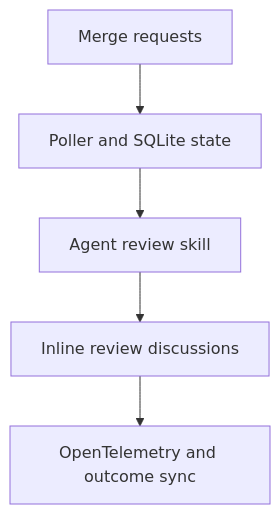
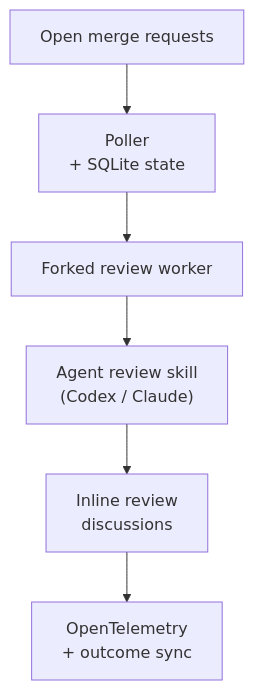
The diagram in README.md (mountainowl/ai-code-review), drawn with Mermaid before and after one commit. The commit also changed other lines of this file and 60 other files, not shown here.

Commit message:
Add provider-based review poller

````diff
--- a/README.md
+++ b/README.md
@@ -50,10 +188,11 @@
 ```mermaid
 flowchart TB
-    A["Merge requests"]
-    B["Poller and SQLite state"]
-    C["Agent review skill"]
-    D["Inline review discussions"]
-    E["OpenTelemetry and outcome sync"]
+    A["Open merge requests"]
+    B["Poller<br/>+ SQLite state"]
+    C["Forked review worker"]
+    D["Agent review skill<br/>(Codex / Claude)"]
+    E["Inline review<br/>discussions"]
+    F["OpenTelemetry<br/>+ outcome sync"]
 
-    A --> B --> C --> D --> E
+    A --> B --> C --> D --> E --> F
 ```
````
